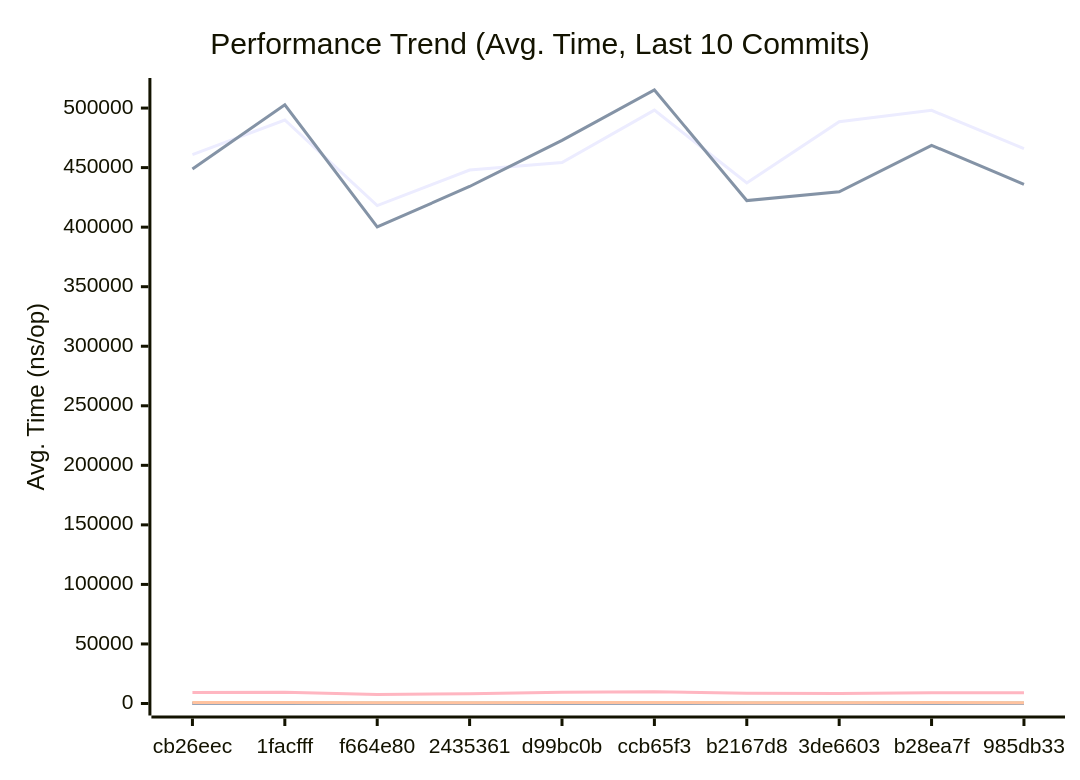
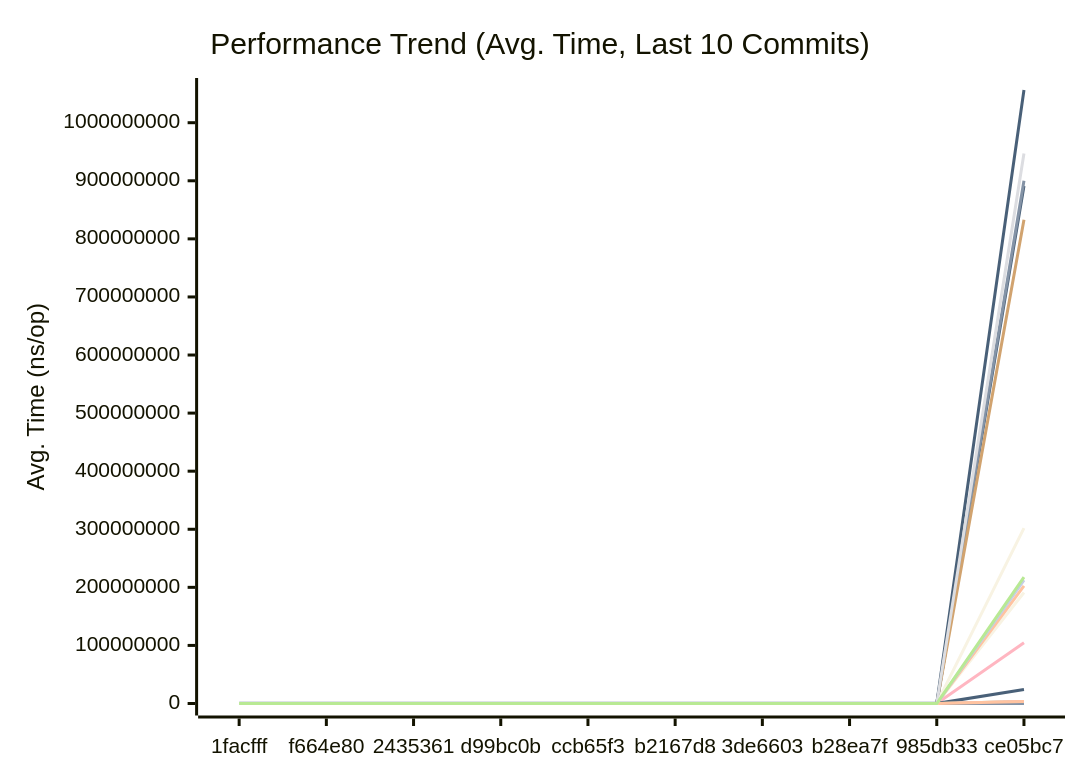
One commit to alsotoes/momo changed the first of 3 diagrams in docs/PERFORMANCE.md. Above: the diagram before and after it, drawn with Mermaid. The commit also changed other lines of this file and 2 other files, not shown here.

Commit message:
fix: allowlist S3PutSpool in benchstat gate to absorb runner disk-spool noise (#960)

````diff
--- a/docs/PERFORMANCE.md
+++ b/docs/PERFORMANCE.md
@@ -145,20 +252,42 @@
 ```mermaid
 xychart-beta
     title "Performance Trend (Avg. Time, Last 10 Commits)"
     x-axis "Commit"
     y-axis "Avg. Time (ns/op)"
-    x-axis [cb26eec,1facfff,f664e80,2435361,d99bc0b,ccb65f3,b2167d8,3de6603,b28ea7f,985db33]
-    line "AWSChunkedReaderSigned" [460953,489981,418132,447933,454201,498260,437140,488574,498069,465911]
-    line "AWSChunkedReaderUnsigned" [448767,502752,400163,434167,472936,515178,422333,429659,468690,435995]
-    line "CheckMetricsAndSwap" [9,10,7,8,11,10,8,8,11,8]
-    line "CrushOptimized" [329,313,300,360,327,392,318,363,314,313]
-    line "CrushOriginal" [462,474,395,414,473,508,433,434,468,438]
+    x-axis [1facfff,f664e80,2435361,d99bc0b,ccb65f3,b2167d8,3de6603,b28ea7f,985db33,ce05bc7]
+    line "AWSChunkedReaderSigned" [489981,418132,447933,454201,498260,437140,488574,498069,465911,433775]
+    line "AWSChunkedReaderUnsigned" [502752,400163,434167,472936,515178,422333,429659,468690,435995,410570]
+    line "CheckMetricsAndSwap" [10,7,8,11,10,8,8,11,8,8]
+    line "CrushOptimized" [313,300,360,327,392,318,363,314,313,296]
+    line "CrushOriginal" [474,395,414,473,508,433,434,468,438,389]
+    line "FormatListObjectsV2XML_AppendFormat" [0,0,0,0,0,0,0,0,0,585500]
+    line "FormatListObjectsV2XML_OldFormat" [0,0,0,0,0,0,0,0,0,385936]
+    line "HashBytes/1MiB" [0,0,0,0,0,0,0,0,0,2943044]
+    line "HashBytes/256MiB" [0,0,0,0,0,0,0,0,0,890920045]
+    line "HashBytes/64MiB" [0,0,0,0,0,0,0,0,0,191159849]
+    line "HashFile/1MiB" [0,0,0,0,0,0,0,0,0,3438255]
+    line "HashFile/256MiB" [0,0,0,0,0,0,0,0,0,900152012]
+    line "HashFile/64MiB" [0,0,0,0,0,0,0,0,0,202378726]
     line "IndexDirectTracking" [0,0,0,0,0,0,0,0,0,0]
-    line "IndexSearch" [3,3,3,3,3,3,3,2,2,2]
-    line "LoadGlobalConfig" [9209,9546,7608,8267,9369,9892,8516,8353,9052,8987]
-    line "PadString" [51,49,39,40,55,47,40,42,47,44]
+    line "IndexSearch" [3,3,3,3,3,3,2,2,2,3]
+    line "LoadGlobalConfig" [9546,7608,8267,9369,9892,8516,8353,9052,8987,8373]
+    line "LocalWrite/1MiB" [0,0,0,0,0,0,0,0,0,386344]
+    line "LocalWrite/256MiB" [0,0,0,0,0,0,0,0,0,104739454]
+    line "LocalWrite/64MiB" [0,0,0,0,0,0,0,0,0,24065226]
+    line "PadString" [49,39,40,55,47,40,42,47,44,41]
     line "ParseReplicationOrder_NoPrealloc" [350,349,357,354,345,225,229,165,232,234]
     line "ParseReplicationOrder_Prealloc" [229,231,237,234,229,108,107,80,110,109]
-    line "SanitizeLog/Safe" [309,240,224,240,236,244,225,243,248,275]
-    line "SanitizeLog/Unsafe" [781,861,650,706,809,898,695,698,749,710]
+    line "Placement" [0,0,0,0,0,0,0,0,0,4402]
+    line "PlacementDomainSpread" [0,0,0,0,0,0,0,0,0,4713]
+    line "ReadVerify/1MiB" [0,0,0,0,0,0,0,0,0,3322226]
+    line "ReadVerify/256MiB" [0,0,0,0,0,0,0,0,0,833047448]
+    line "ReadVerify/64MiB" [0,0,0,0,0,0,0,0,0,212456699]
+    line "S3PutSpool/1MiB" [0,0,0,0,0,0,0,0,0,3659136]
+    line "S3PutSpool/256MiB" [0,0,0,0,0,0,0,0,0,1056311038]
+    line "S3PutSpool/64MiB" [0,0,0,0,0,0,0,0,0,302092155]
+    line "SanitizeLog/Safe" [240,224,240,236,244,225,243,248,275,222]
+    line "SanitizeLog/Unsafe" [861,650,706,809,898,695,698,749,710,674]
+    line "TrustedRead/1MiB" [0,0,0,0,0,0,0,0,0,3530931]
+    line "TrustedRead/256MiB" [0,0,0,0,0,0,0,0,0,947127786]
+    line "TrustedRead/64MiB" [0,0,0,0,0,0,0,0,0,217573714]
 ```
````
